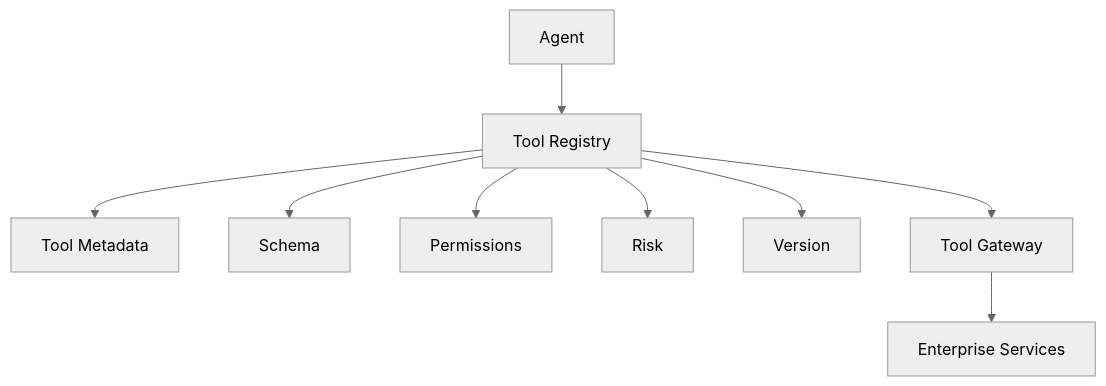
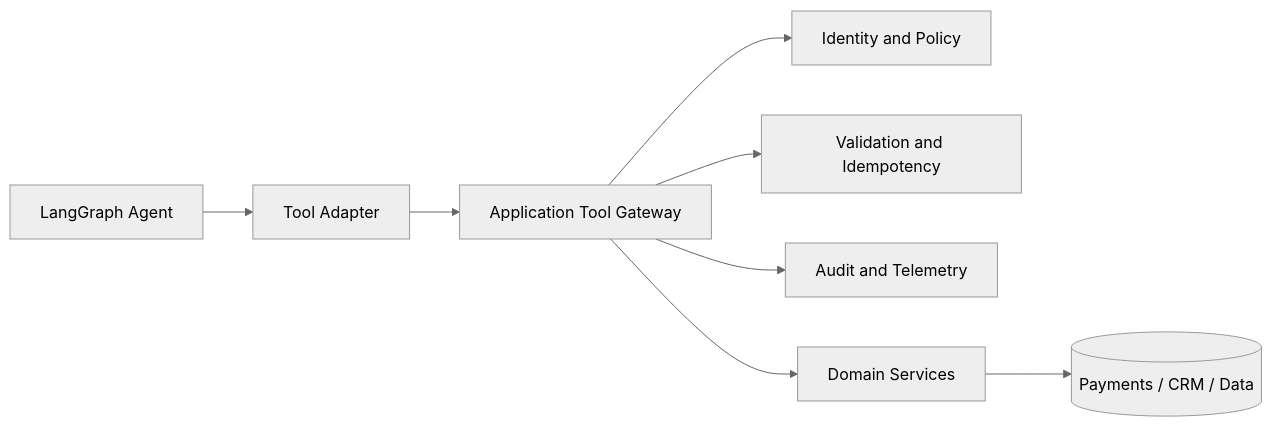
Before and after one commit to MihirKJha/enterprise-ai-engineering-handbook: the fifth of 5 diagrams in docs/08-ai-engineering-frameworks/langgraph/22-langgraph-tool-execution.md, drawn with Mermaid (neutral theme). The commit also changed other lines of this file and 10 other files, not shown here.

````diff
--- a/docs/08-ai-engineering-frameworks/langgraph/22-langgraph-tool-execution.md
+++ b/docs/08-ai-engineering-frameworks/langgraph/22-langgraph-tool-execution.md
@@ -2453,19 +250,10 @@
 ```mermaid
-flowchart TB
-
-    A[Agent] --> B[Tool Registry]
-
-    B --> C[Tool Metadata]
-
-    B --> D[Schema]
-
-    B --> E[Permissions]
-
-    B --> F[Risk]
-
-    B --> G[Version]
-
-    B --> H[Tool Gateway]
-
-    H --> I[Enterprise Services]
+flowchart LR
+    A[LangGraph Agent] --> B[Tool Adapter]
+    B --> C[Application Tool Gateway]
+    C --> D[Identity and Policy]
+    C --> E[Validation and Idempotency]
+    C --> F[Audit and Telemetry]
+    C --> G[Domain Services]
+    G --> H[(Payments / CRM / Data)]
 ```
````
